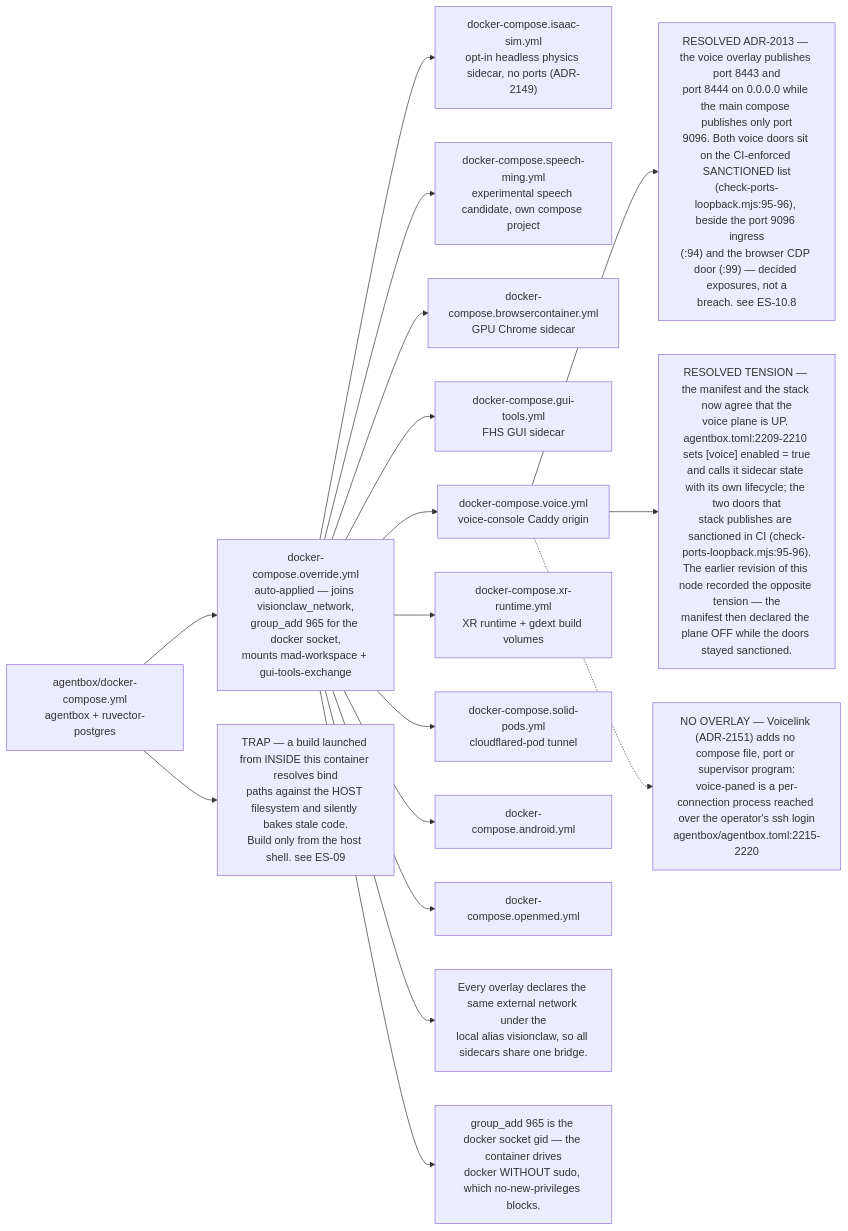
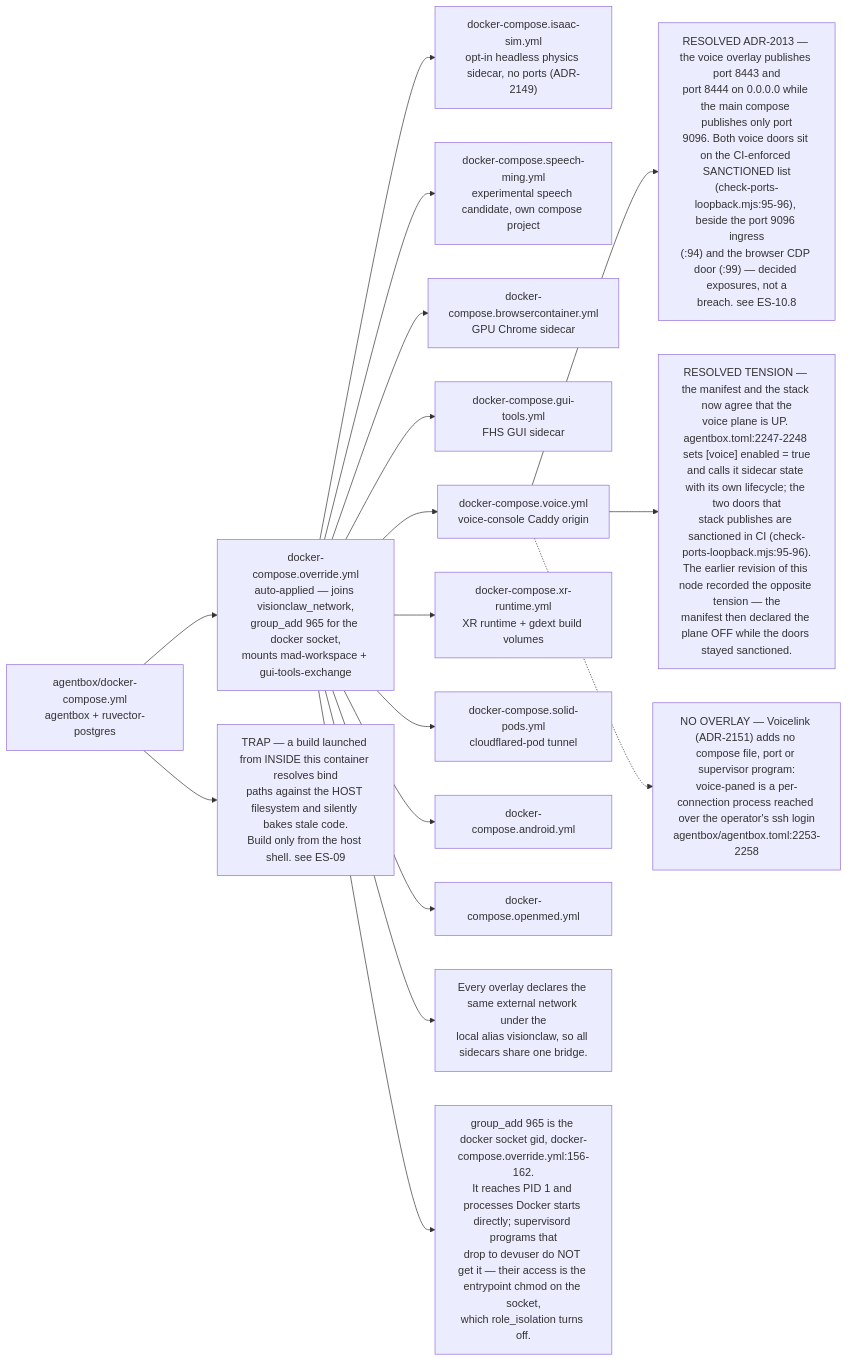
The fifth of 8 diagrams in docs/diagrams/estate/01-estate-topology.md (DreamLab-AI/VisionFlow), drawn with Mermaid before and after one commit. The commit also changed other lines of this file and 91 other files, not shown here.

````diff
--- a/docs/diagrams/estate/01-estate-topology.md
+++ b/docs/diagrams/estate/01-estate-topology.md
@@ -224,40 +229,40 @@
 ```mermaid
 flowchart LR
     BASE["agentbox/docker-compose.yml<br/>agentbox + ruvector-postgres"]
     OV["docker-compose.override.yml<br/>auto-applied — joins visionclaw_network,<br/>group_add 965 for the docker socket,<br/>mounts mad-workspace + gui-tools-exchange"]
     ISF["docker-compose.isaac-sim.yml<br/>opt-in headless physics sidecar, no ports (ADR-2149)"]
     SMF["docker-compose.speech-ming.yml<br/>experimental speech candidate, own compose project"]
     BCF["docker-compose.browsercontainer.yml<br/>GPU Chrome sidecar"]
     GTF["docker-compose.gui-tools.yml<br/>FHS GUI sidecar"]
     VF["docker-compose.voice.yml<br/>voice-console Caddy origin"]
     XF["docker-compose.xr-runtime.yml<br/>XR runtime + gdext build volumes"]
     SPF["docker-compose.solid-pods.yml<br/>cloudflared-pod tunnel"]
     ANF["docker-compose.android.yml"]
     OMF["docker-compose.openmed.yml"]
 
     BASE --> OV
     OV --> BCF
     OV --> GTF
     OV --> VF
     OV --> XF
     OV --> SPF
     OV --> ANF
     OV --> OMF
     OV --> ISF
     OV --> SMF
 
     N1["Every overlay declares the same external network under the<br/>local alias visionclaw, so all sidecars share one bridge."]
-    N2["group_add 965 is the docker socket gid — the container drives<br/>docker WITHOUT sudo, which no-new-privileges blocks."]
+    N2["group_add 965 is the docker socket gid, docker-compose.override.yml:156-162.<br/>It reaches PID 1 and processes Docker starts directly; supervisord programs that<br/>drop to devuser do NOT get it — their access is the entrypoint chmod on the socket,<br/>which role_isolation turns off."]
     D1["RESOLVED ADR-2013 — the voice overlay publishes port 8443 and<br/>port 8444 on 0.0.0.0 while the main compose publishes only port<br/>9096. Both voice doors sit on the CI-enforced SANCTIONED list<br/>(check-ports-loopback.mjs:95-96), beside the port 9096 ingress<br/>(:94) and the browser CDP door (:99) — decided exposures, not a<br/>breach. see ES-10.8"]
-    D3["RESOLVED TENSION — the manifest and the stack now agree that the<br/>voice plane is UP. agentbox.toml:2209-2210 sets [voice] enabled = true<br/>and calls it sidecar state with its own lifecycle; the two doors that<br/>stack publishes are sanctioned in CI (check-ports-loopback.mjs:95-96).<br/>The earlier revision of this node recorded the opposite tension — the<br/>manifest then declared the plane OFF while the doors stayed sanctioned."]
+    D3["RESOLVED TENSION — the manifest and the stack now agree that the<br/>voice plane is UP. agentbox.toml:2247-2248 sets [voice] enabled = true<br/>and calls it sidecar state with its own lifecycle; the two doors that<br/>stack publishes are sanctioned in CI (check-ports-loopback.mjs:95-96).<br/>The earlier revision of this node recorded the opposite tension — the<br/>manifest then declared the plane OFF while the doors stayed sanctioned."]
     D2["TRAP — a build launched from INSIDE this container resolves bind<br/>paths against the HOST filesystem and silently bakes stale code.<br/>Build only from the host shell. see ES-09"]
 
-    VL["NO OVERLAY — Voicelink (ADR-2151) adds no compose file, port or supervisor program:<br/>voice-paned is a per-connection process reached over the operator's ssh login<br/>agentbox/agentbox.toml:2215-2220"]
+    VL["NO OVERLAY — Voicelink (ADR-2151) adds no compose file, port or supervisor program:<br/>voice-paned is a per-connection process reached over the operator's ssh login<br/>agentbox/agentbox.toml:2253-2258"]
 
     OV --> N1
     OV --> N2
     VF --> D1
     VF --> D3
     BASE --> D2
     VF -.-> VL
 ```
````
